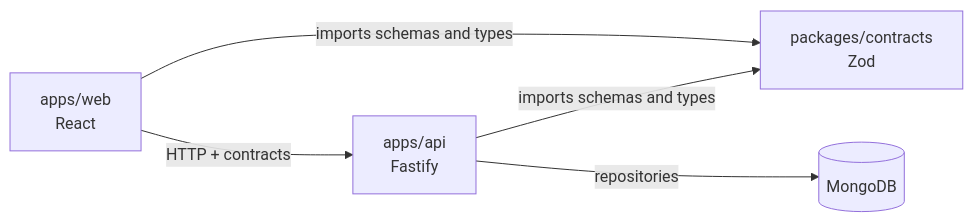
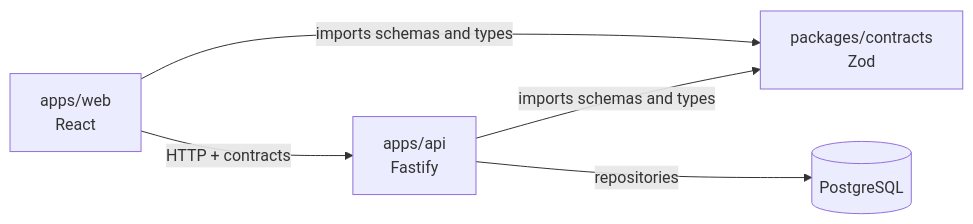
One commit to trutoman/Conjuros changed the diagram in docs/init.md. Above: the diagram before and after it, drawn with Mermaid. The commit also changed other lines of this file and 64 other files, not shown here.

````diff
--- a/docs/init.md
+++ b/docs/init.md
@@ -210,7 +210,7 @@
 ```mermaid
 flowchart LR
   Web[apps/web\nReact] -->|HTTP + contracts| API[apps/api\nFastify]
   Web -->|imports schemas and types| Contracts[packages/contracts\nZod]
   API -->|imports schemas and types| Contracts
-  API -->|repositories| Mongo[(MongoDB)]
+  API -->|repositories| Postgres[(PostgreSQL)]
 ```
````
